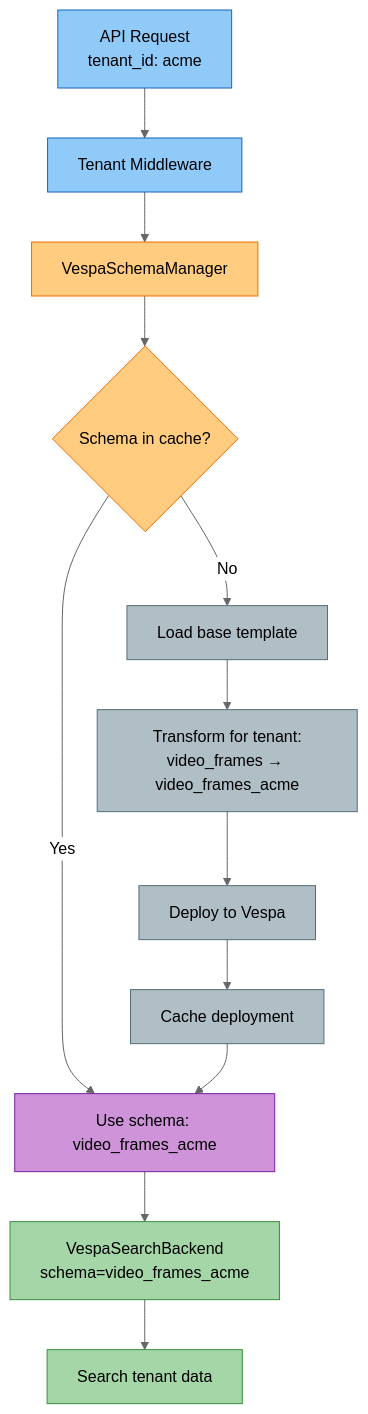
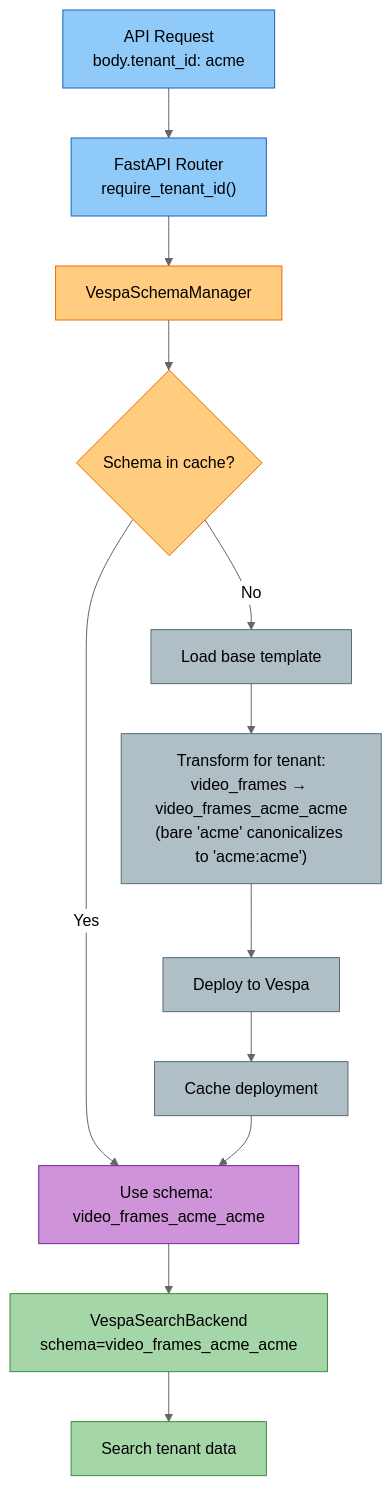
Before and after one commit to amit-jain/cogniverse: the eighth of 9 diagrams in docs/modules/backends.md, drawn with Mermaid (neutral theme). The commit also changed other lines of this file and 119 other files, not shown here.

First line of the commit message:
Docs sync router cache (#15)

````diff
--- a/docs/modules/backends.md
+++ b/docs/modules/backends.md
@@ -1221,29 +1299,29 @@
 ```mermaid
 flowchart TB
-    API["<span style='color:#000'>API Request<br/>tenant_id: acme</span>"] --> Middleware["<span style='color:#000'>Tenant Middleware</span>"]
-    Middleware --> SchemaManager["<span style='color:#000'>VespaSchemaManager</span>"]
+    API["<span style='color:#000'>API Request<br/>body.tenant_id: acme</span>"] --> Router["<span style='color:#000'>FastAPI Router<br/>require_tenant_id()</span>"]
+    Router --> SchemaManager["<span style='color:#000'>VespaSchemaManager</span>"]
 
     SchemaManager --> CheckCache{"<span style='color:#000'>Schema in cache?</span>"}
-    CheckCache -->|Yes| UseSchema["<span style='color:#000'>Use schema: video_frames_acme</span>"]
+    CheckCache -->|Yes| UseSchema["<span style='color:#000'>Use schema: video_frames_acme_acme</span>"]
     CheckCache -->|No| LoadTemplate["<span style='color:#000'>Load base template</span>"]
 
-    LoadTemplate --> Transform["<span style='color:#000'>Transform for tenant:<br/>video_frames → video_frames_acme</span>"]
+    LoadTemplate --> Transform["<span style='color:#000'>Transform for tenant:<br/>video_frames → video_frames_acme_acme<br/>(bare 'acme' canonicalizes to 'acme:acme')</span>"]
     Transform --> Deploy["<span style='color:#000'>Deploy to Vespa</span>"]
     Deploy --> Cache["<span style='color:#000'>Cache deployment</span>"]
     Cache --> UseSchema
 
-    UseSchema --> VespaClient["<span style='color:#000'>VespaSearchBackend<br/>schema=video_frames_acme</span>"]
+    UseSchema --> VespaClient["<span style='color:#000'>VespaSearchBackend<br/>schema=video_frames_acme_acme</span>"]
     VespaClient --> Search["<span style='color:#000'>Search tenant data</span>"]
 
     style API fill:#90caf9,stroke:#1565c0,color:#000
-    style Middleware fill:#90caf9,stroke:#1565c0,color:#000
+    style Router fill:#90caf9,stroke:#1565c0,color:#000
     style SchemaManager fill:#ffcc80,stroke:#ef6c00,color:#000
     style CheckCache fill:#ffcc80,stroke:#ef6c00,color:#000
     style UseSchema fill:#ce93d8,stroke:#7b1fa2,color:#000
     style LoadTemplate fill:#b0bec5,stroke:#546e7a,color:#000
     style Transform fill:#b0bec5,stroke:#546e7a,color:#000
     style Deploy fill:#b0bec5,stroke:#546e7a,color:#000
     style Cache fill:#b0bec5,stroke:#546e7a,color:#000
     style VespaClient fill:#a5d6a7,stroke:#388e3c,color:#000
     style Search fill:#a5d6a7,stroke:#388e3c,color:#000
 ```
````
